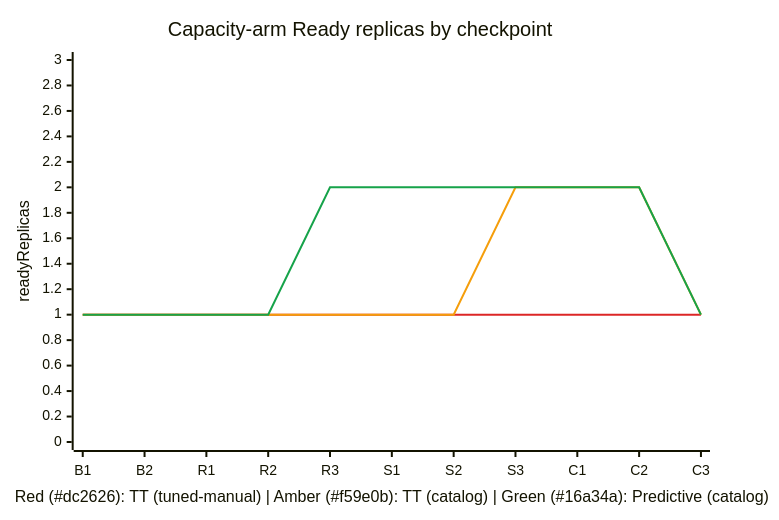
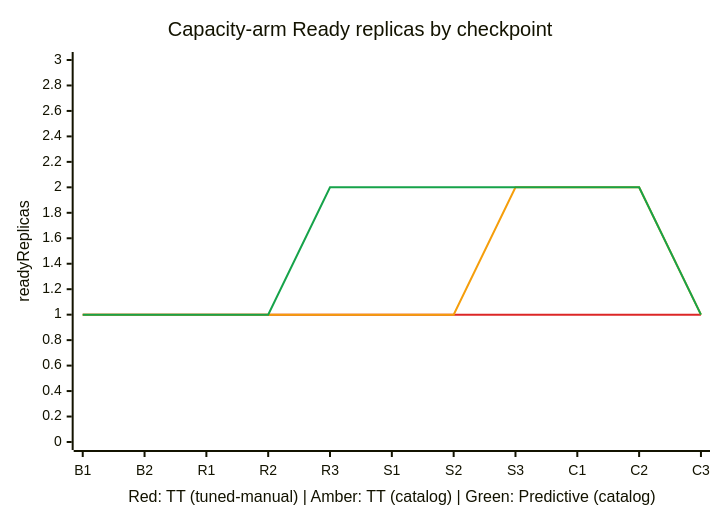
Before and after one commit to gpustack/gpustack-operator: the seventh of 9 diagrams in docs/modules/model-deployment/scaling-benchmark.md, drawn with Mermaid. The commit also changed other lines of this file, not shown here.

Commit message:
docs(scaling): remove hex color codes from xychart-beta x-axis labels

````diff
--- a/docs/modules/model-deployment/scaling-benchmark.md
+++ b/docs/modules/model-deployment/scaling-benchmark.md
@@ -355,10 +355,10 @@
 ```mermaid
 %%{init: {"themeVariables": {"xyChart": {"plotColorPalette": "#dc2626, #f59e0b, #16a34a"}}}}%%
 xychart-beta
     title "Capacity-arm Ready replicas by checkpoint"
-    x-axis "Red (#dc2626): TT (tuned-manual) | Amber (#f59e0b): TT (catalog) | Green (#16a34a): Predictive (catalog)" ["B1", "B2", "R1", "R2", "R3", "S1", "S2", "S3", "C1", "C2", "C3"]
+    x-axis "Red: TT (tuned-manual) | Amber: TT (catalog) | Green: Predictive (catalog)" ["B1", "B2", "R1", "R2", "R3", "S1", "S2", "S3", "C1", "C2", "C3"]
     y-axis "readyReplicas" 0 --> 3
     line "TT (tuned-manual)" [1, 1, 1, 1, 1, 1, 1, 1, 1, 1, 1]
     line "TT (catalog)" [1, 1, 1, 1, 1, 1, 1, 2, 2, 2, 1]
     line "Predictive (catalog)" [1, 1, 1, 1, 2, 2, 2, 2, 2, 2, 1]
 ```
````
